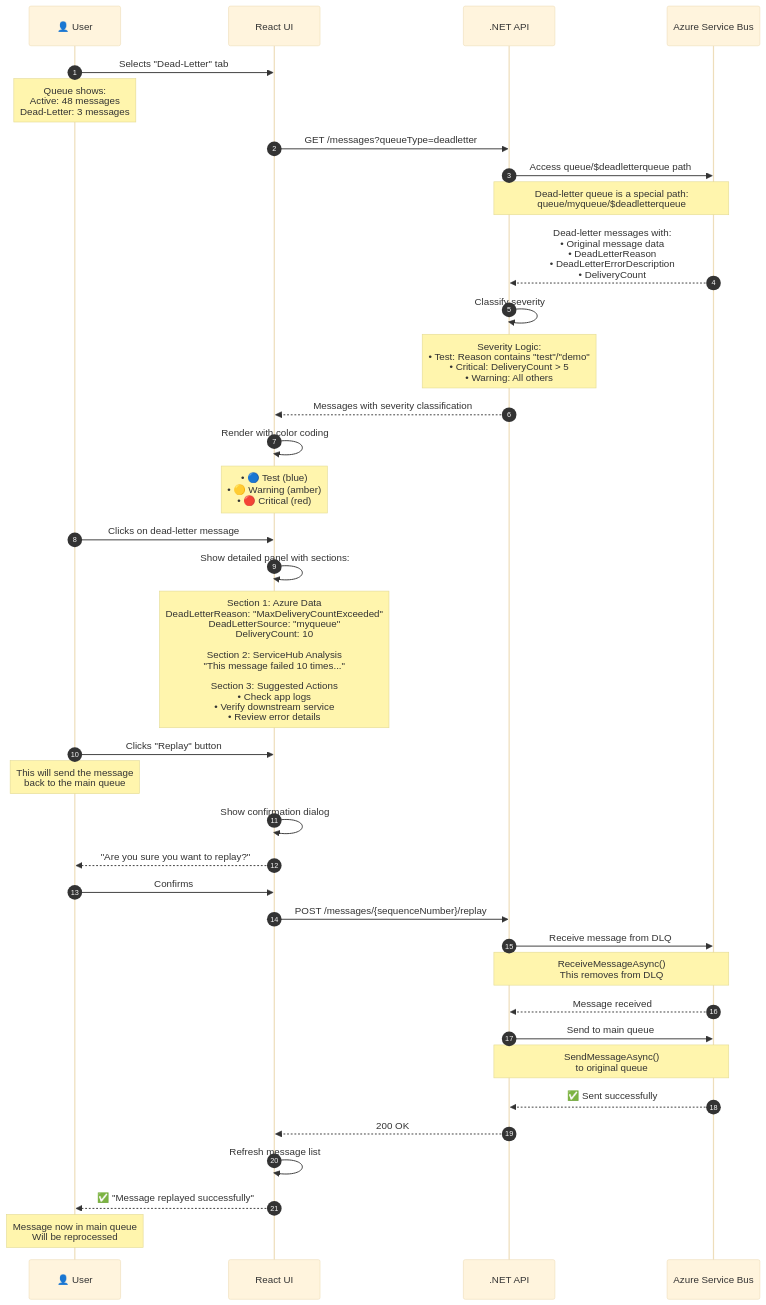
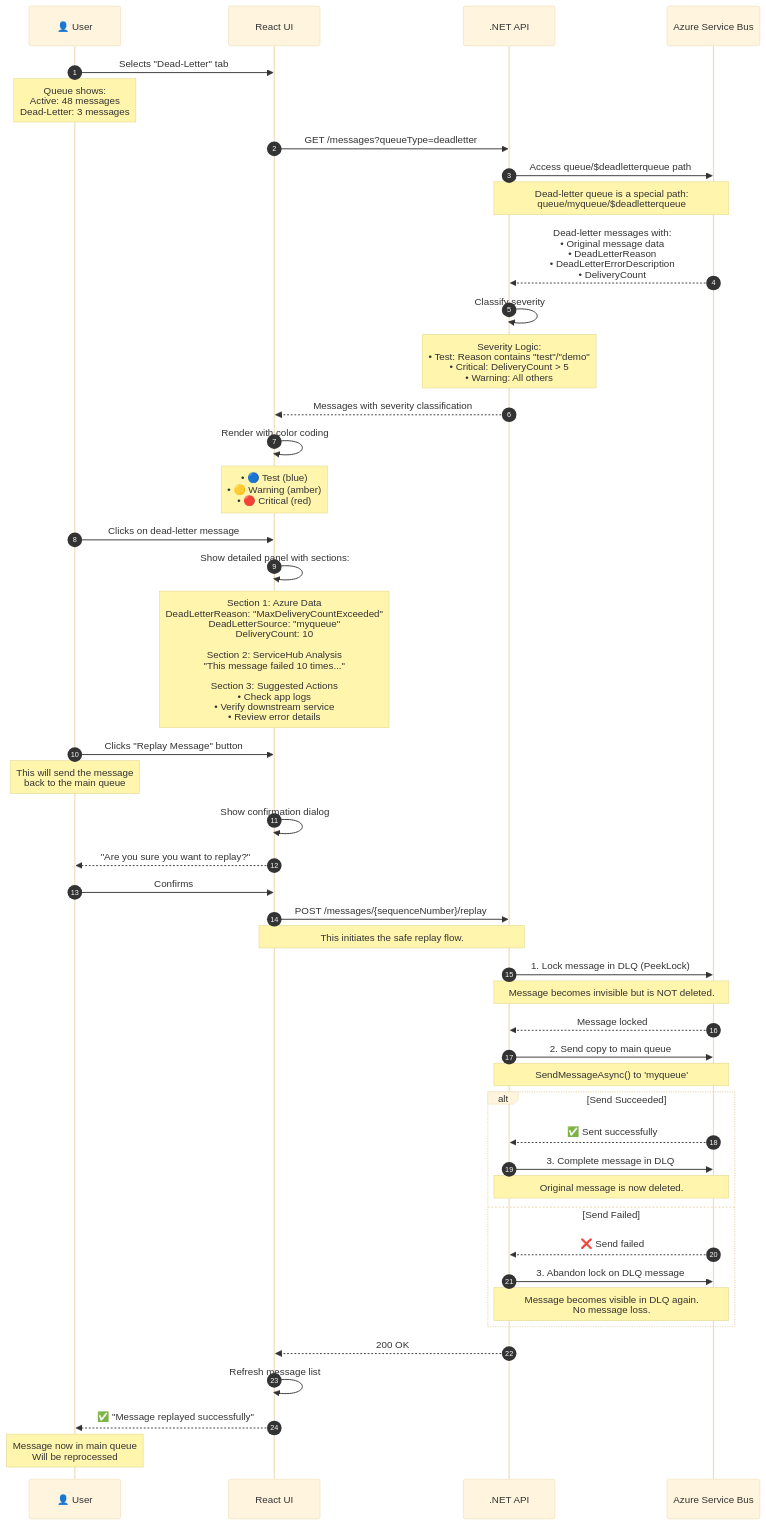
The fifth of 12 diagrams in docs/COMPREHENSIVE-GUIDE.md (debdevops/servicehub), drawn with Mermaid before and after one commit. The commit also changed other lines of this file, not shown here.

````diff
--- a/docs/COMPREHENSIVE-GUIDE.md
+++ b/docs/COMPREHENSIVE-GUIDE.md
@@ -363,60 +364,69 @@
 ```mermaid
 %%{init: {'theme':'base', 'themeVariables': { 'fontSize':'16px'}}}%%
 sequenceDiagram
     autonumber
     
     participant User as 👤 User
     participant UI as React UI
     participant API as .NET API
     participant Azure as Azure Service Bus
     
     User->>UI: Selects "Dead-Letter" tab
     Note over User: Queue shows:<br/>Active: 48 messages<br/>Dead-Letter: 3 messages
     
     UI->>API: GET /messages?queueType=deadletter
     
     API->>Azure: Access queue/$deadletterqueue path
     Note over API,Azure: Dead-letter queue is a special path:<br/>queue/myqueue/$deadletterqueue
     
     Azure-->>API: Dead-letter messages with:<br/>• Original message data<br/>• DeadLetterReason<br/>• DeadLetterErrorDescription<br/>• DeliveryCount
     
     API->>API: Classify severity
     Note over API: Severity Logic:<br/>• Test: Reason contains "test"/"demo"<br/>• Critical: DeliveryCount > 5<br/>• Warning: All others
     
     API-->>UI: Messages with severity classification
     
     UI->>UI: Render with color coding
     Note over UI: • 🔵 Test (blue)<br/>• 🟡 Warning (amber)<br/>• 🔴 Critical (red)
     
     User->>UI: Clicks on dead-letter message
     
     UI->>UI: Show detailed panel with sections:
     Note over UI: Section 1: Azure Data<br/>DeadLetterReason: "MaxDeliveryCountExceeded"<br/>DeadLetterSource: "myqueue"<br/>DeliveryCount: 10<br/><br/>Section 2: ServiceHub Analysis<br/>"This message failed 10 times..."<br/><br/>Section 3: Suggested Actions<br/>• Check app logs<br/>• Verify downstream service<br/>• Review error details
     
-    User->>UI: Clicks "Replay" button
+    User->>UI: Clicks "Replay Message" button
     Note over User: This will send the message<br/>back to the main queue
     
     UI->>UI: Show confirmation dialog
     UI-->>User: "Are you sure you want to replay?"
     
     User->>UI: Confirms
     
     UI->>API: POST /messages/{sequenceNumber}/replay
+    Note over UI,API: This initiates the safe replay flow.
     
-    API->>Azure: Receive message from DLQ
-    Note over API,Azure: ReceiveMessageAsync()<br/>This removes from DLQ
+    API->>Azure: 1. Lock message in DLQ (PeekLock)
+    Note over API,Azure: Message becomes invisible but is NOT deleted.
     
-    Azure-->>API: Message received
+    Azure-->>API: Message locked
     
-    API->>Azure: Send to main queue
-    Note over API,Azure: SendMessageAsync()<br/>to original queue
+    API->>Azure: 2. Send copy to main queue
+    Note over API,Azure: SendMessageAsync() to 'myqueue'
     
-    Azure-->>API: ✅ Sent successfully
+    alt Send Succeeded
+        Azure-->>API: ✅ Sent successfully
+        API->>Azure: 3. Complete message in DLQ
+        Note over API,Azure: Original message is now deleted.
+    else Send Failed
+        Azure-->>API: ❌ Send failed
+        API->>Azure: 3. Abandon lock on DLQ message
+        Note over API,Azure: Message becomes visible in DLQ again.<br/>No message loss.
+    end
     
     API-->>UI: 200 OK
     
     UI->>UI: Refresh message list
     
     UI-->>User: ✅ "Message replayed successfully"
     Note over User: Message now in main queue<br/>Will be reprocessed
 ```
````
